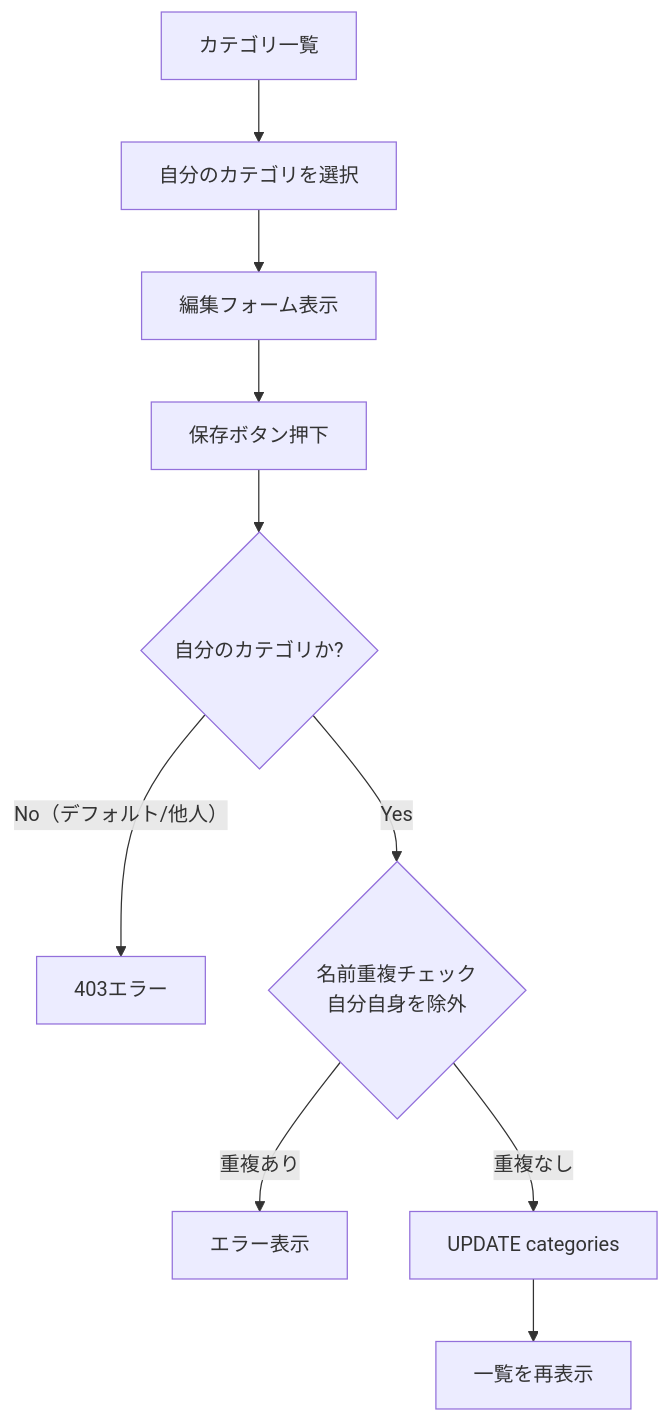
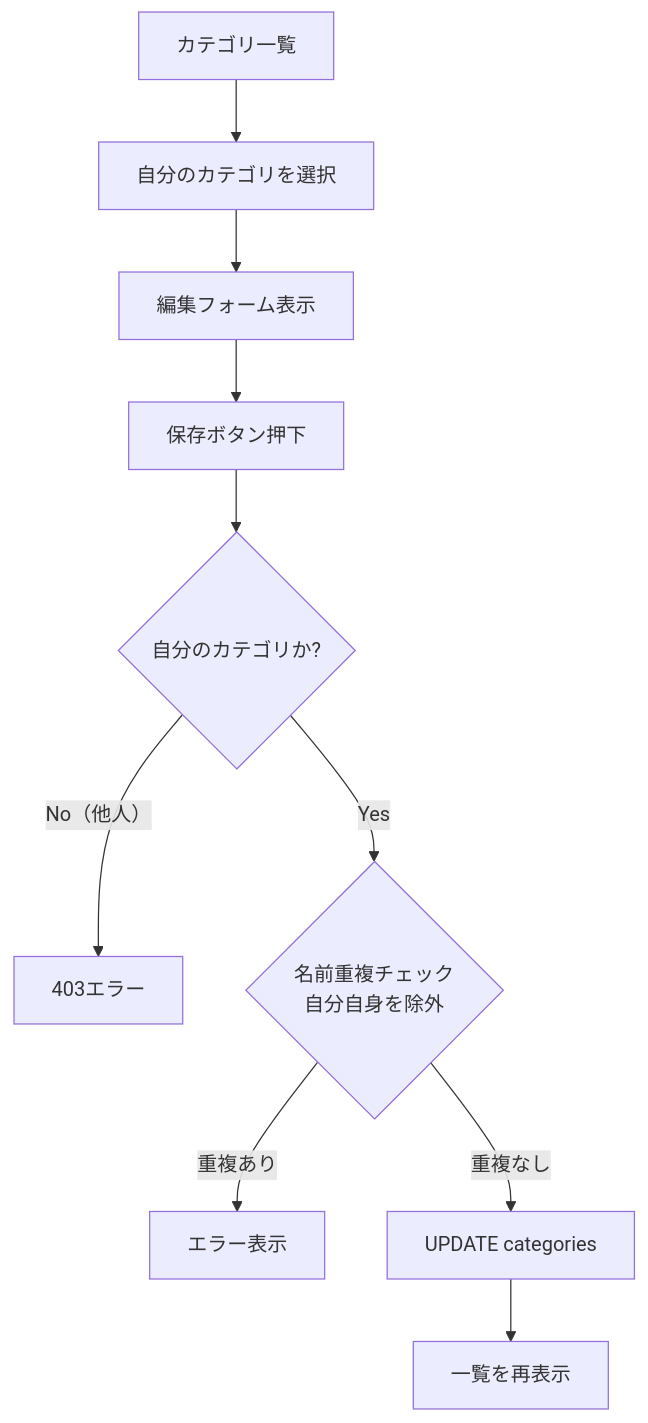
One commit to toshiki-s1892/my-kakeibo-app changed the third of 7 diagrams in docs/specs/features/categories.md. Above: the diagram before and after it, drawn with Mermaid. The commit also changed other lines of this file and 101 other files, not shown here.

````diff
--- a/docs/specs/features/categories.md
+++ b/docs/specs/features/categories.md
@@ -175,12 +170,12 @@
 ```mermaid
 flowchart TD
   start[カテゴリ一覧] --> select[自分のカテゴリを選択]
   select --> editForm[編集フォーム表示]
   editForm --> submit[保存ボタン押下]
   submit --> ownerCheck{自分のカテゴリか?}
-  ownerCheck -- No（デフォルト/他人）--> forbidden[403エラー]
+  ownerCheck -- No（他人）--> forbidden[403エラー]
   ownerCheck -- Yes --> validate{名前重複チェック\n自分自身を除外}
   validate -- 重複あり --> error[エラー表示]
   validate -- 重複なし --> update[UPDATE categories]
   update --> list[一覧を再表示]
 ```
````
